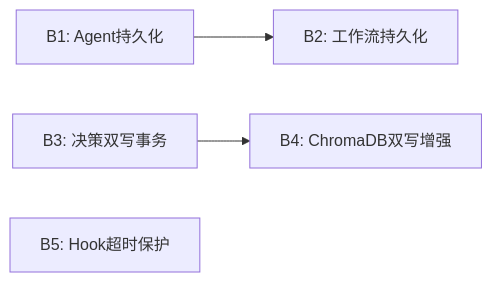
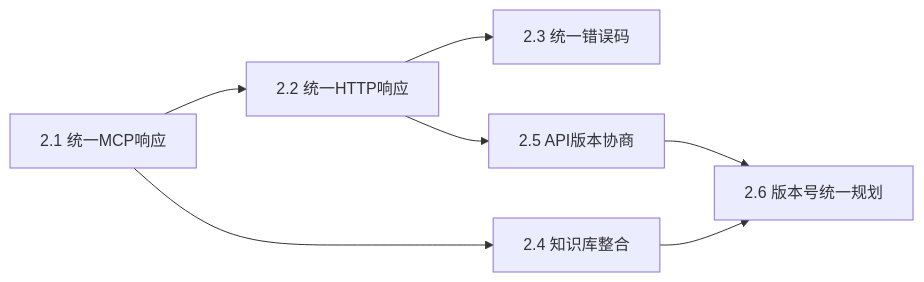
One commit to xuanyuanchumo/xuansto changed the second of 8 diagrams in docs/plan/v-l.md. Above: the diagram before and after it, drawn with Mermaid. The commit also changed other lines of this file and 68 other files, not shown here.

````diff
--- a/docs/plan/v-l.md
+++ b/docs/plan/v-l.md
@@ -204,6 +288,9 @@
 ```mermaid
 graph LR
-    B1["B1: Agent持久化"] --> B2["B2: 工作流持久化"]
-    B3["B3: 决策双写事务"] --> B4["B4: ChromaDB双写增强"]
-    B5["B5: Hook超时保护"]
+    S21["2.1 统一MCP响应"] --> S22["2.2 统一HTTP响应"]
+    S22 --> S23["2.3 统一错误码"]
+    S21 --> S24["2.4 知识库整合"]
+    S22 --> S25["2.5 API版本协商"]
+    S24 --> S26["2.6 版本号统一规划"]
+    S25 --> S26
 ```
````
